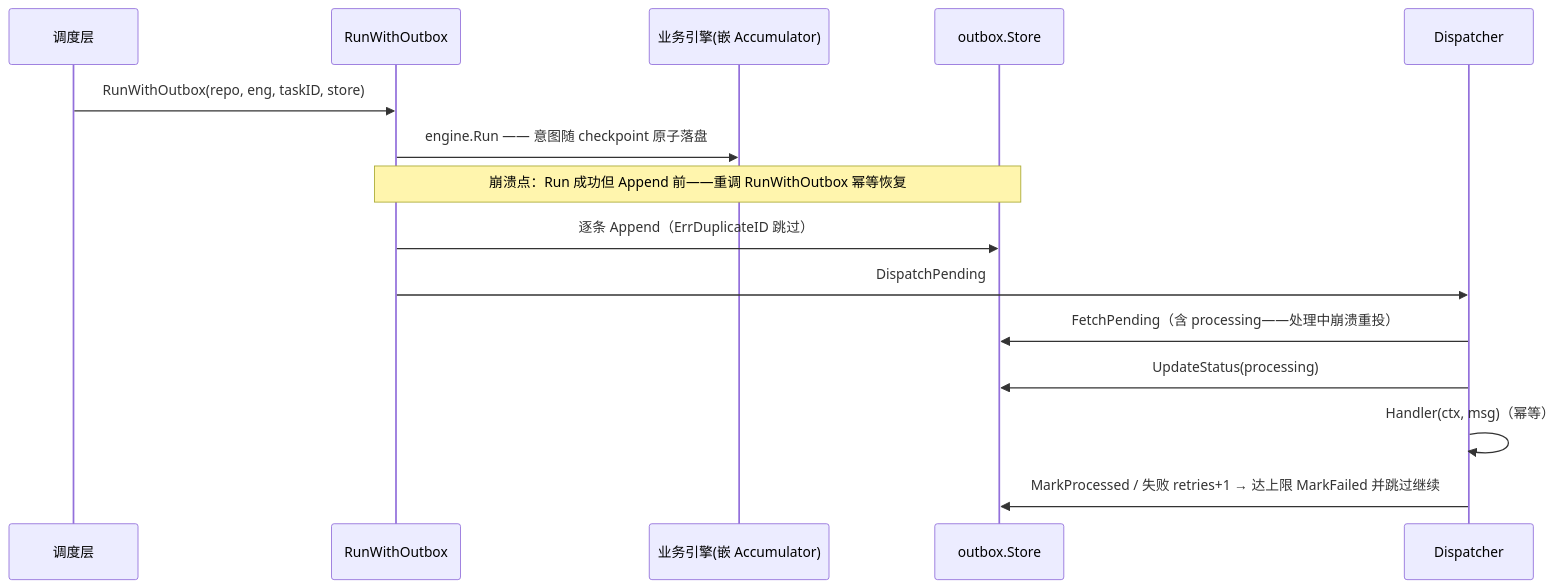
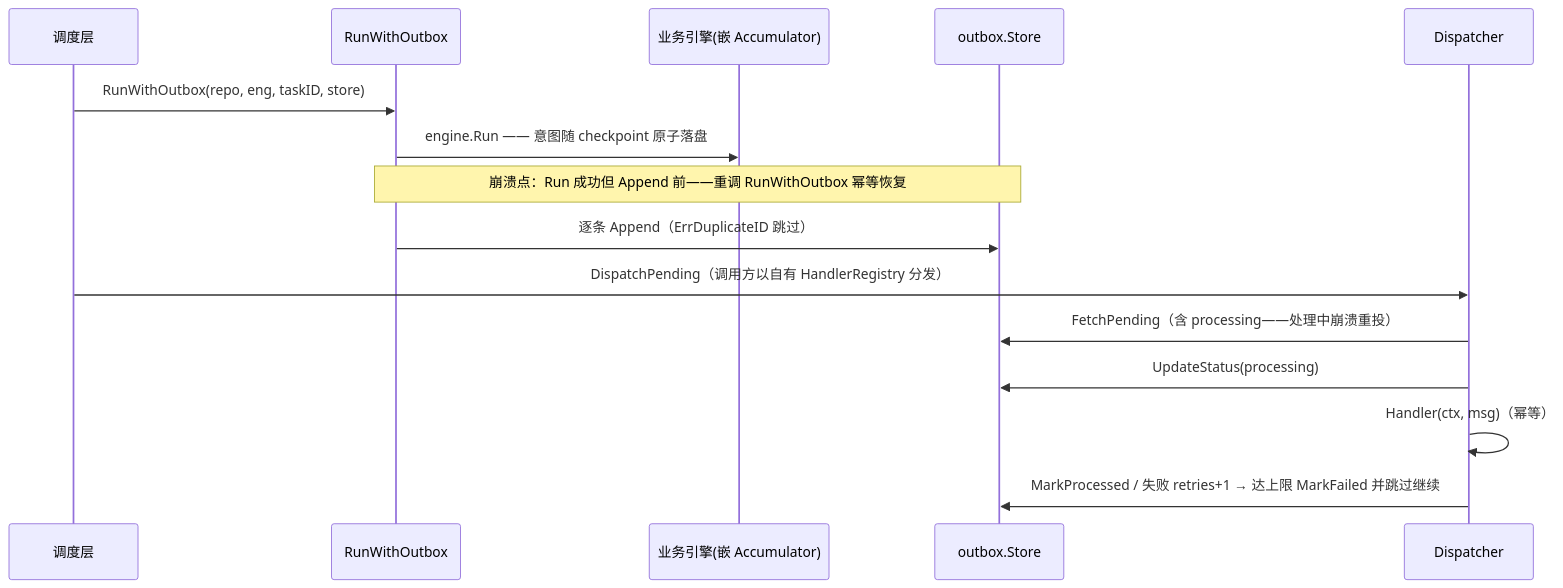
One commit to JNinng/waypoint changed the third of 4 diagrams in docs/design.md. Above: the diagram before and after it, drawn with Mermaid. The commit also changed other lines of this file and 37 other files, not shown here.

````diff
--- a/docs/design.md
+++ b/docs/design.md
@@ -681,18 +681,18 @@
 ```mermaid
 sequenceDiagram
     participant App as 调度层
     participant RW as RunWithOutbox
     participant Eng as 业务引擎(嵌 Accumulator)
     participant ST as outbox.Store
     participant DP as Dispatcher
 
     App->>RW: RunWithOutbox(repo, eng, taskID, store)
     RW->>Eng: engine.Run —— 意图随 checkpoint 原子落盘
     Note over RW,ST: 崩溃点：Run 成功但 Append 前——重调 RunWithOutbox 幂等恢复
     RW->>ST: 逐条 Append（ErrDuplicateID 跳过）
-    RW->>DP: DispatchPending
+    App->>DP: DispatchPending（调用方以自有 HandlerRegistry 分发）
     DP->>ST: FetchPending（含 processing——处理中崩溃重投）
     DP->>ST: UpdateStatus(processing)
     DP->>DP: Handler(ctx, msg)（幂等）
     DP->>ST: MarkProcessed / 失败 retries+1 → 达上限 MarkFailed 并跳过继续
 ```
````
